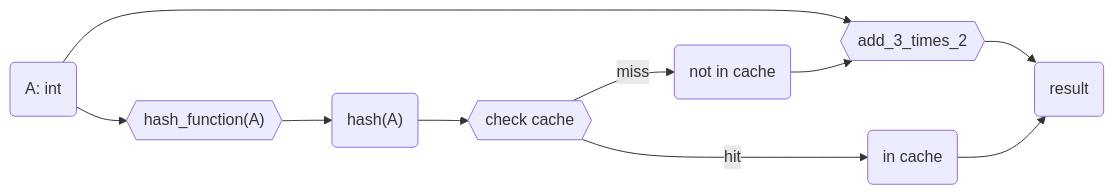
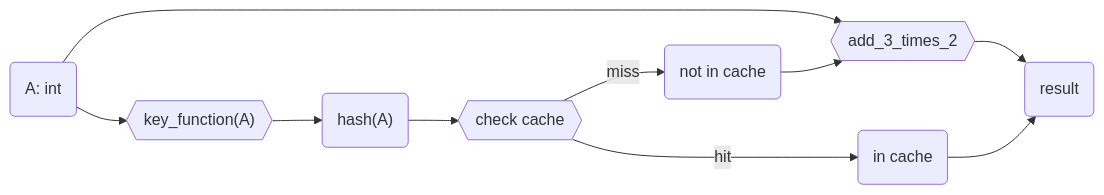
Before and after one commit to GridTools/gt4py: the third of 6 diagrams in docs/user/next/advanced/WorkflowPatterns.md, drawn with Mermaid. The commit also changed other lines of this file and 6 other files, not shown here.

````diff
--- a/docs/user/next/advanced/WorkflowPatterns.md
+++ b/docs/user/next/advanced/WorkflowPatterns.md
@@ -151,8 +151,8 @@
 ```mermaid
 graph LR
 
 
 inp --> calc
-inp(A: int) --> ha{{"hash_function(A)"}} --> h("hash(A)") --> ck{{"check cache"}} -->|miss| miss("not in cache") --> calc{{add_3_times_2}} --> out(result)
+inp(A: int) --> ha{{"key_function(A)"}} --> h("hash(A)") --> ck{{"check cache"}} -->|miss| miss("not in cache") --> calc{{add_3_times_2}} --> out(result)
 ck -->|hit| hit("in cache") --> out
 ```
````
